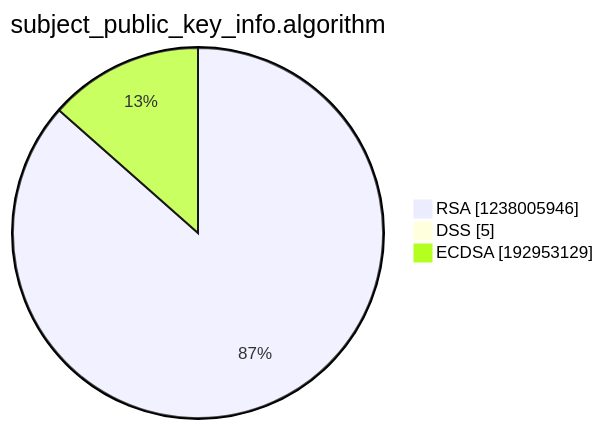
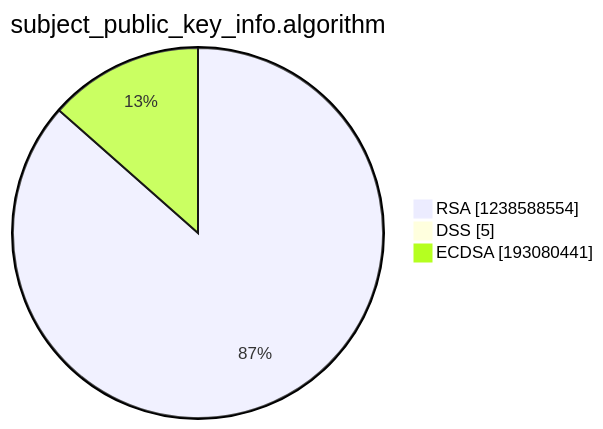
One commit to christiankrug/ctmonitor_visualization changed the third of 15 diagrams in argon2022/README.md. Above: the diagram before and after it, drawn with Mermaid. The commit also changed other lines of this file, not shown here.

````diff
--- a/argon2022/README.md
+++ b/argon2022/README.md
@@ -14,7 +14,7 @@
 ```mermaid
 pie showData
 title subject_public_key_info.algorithm
-"RSA" :1238005946
+"RSA" :1238588554
 "DSS" :5
-"ECDSA" :192953129
+"ECDSA" :193080441
 ```
````
